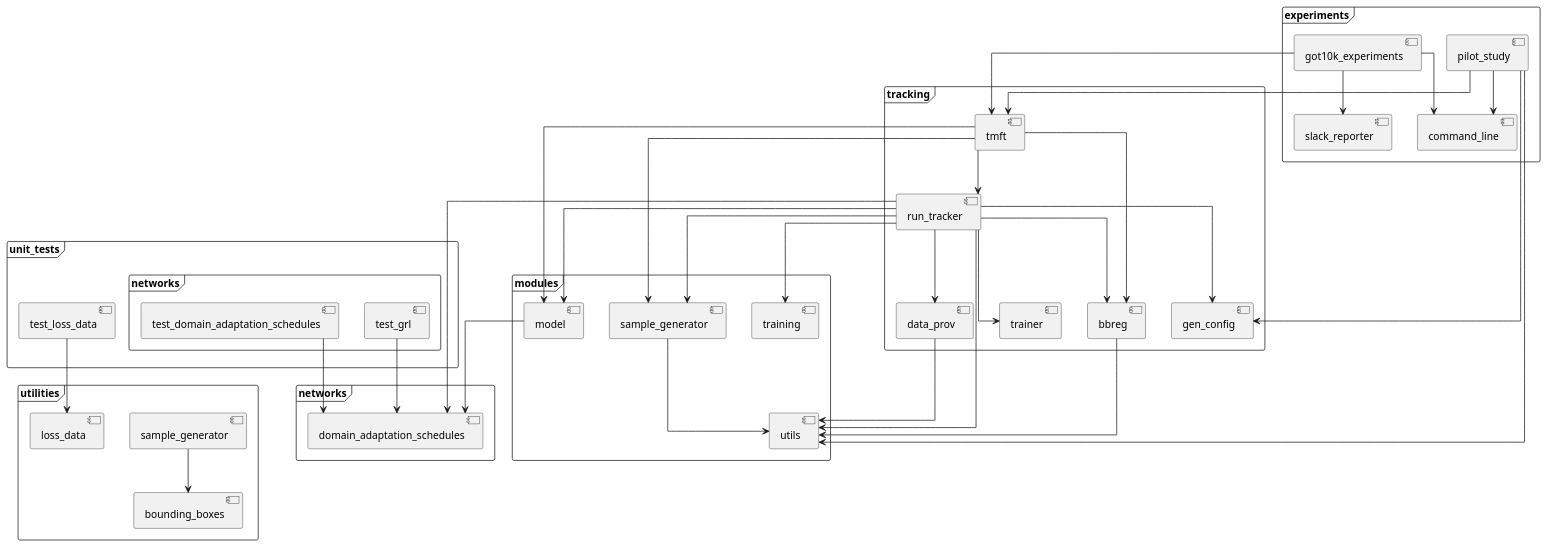
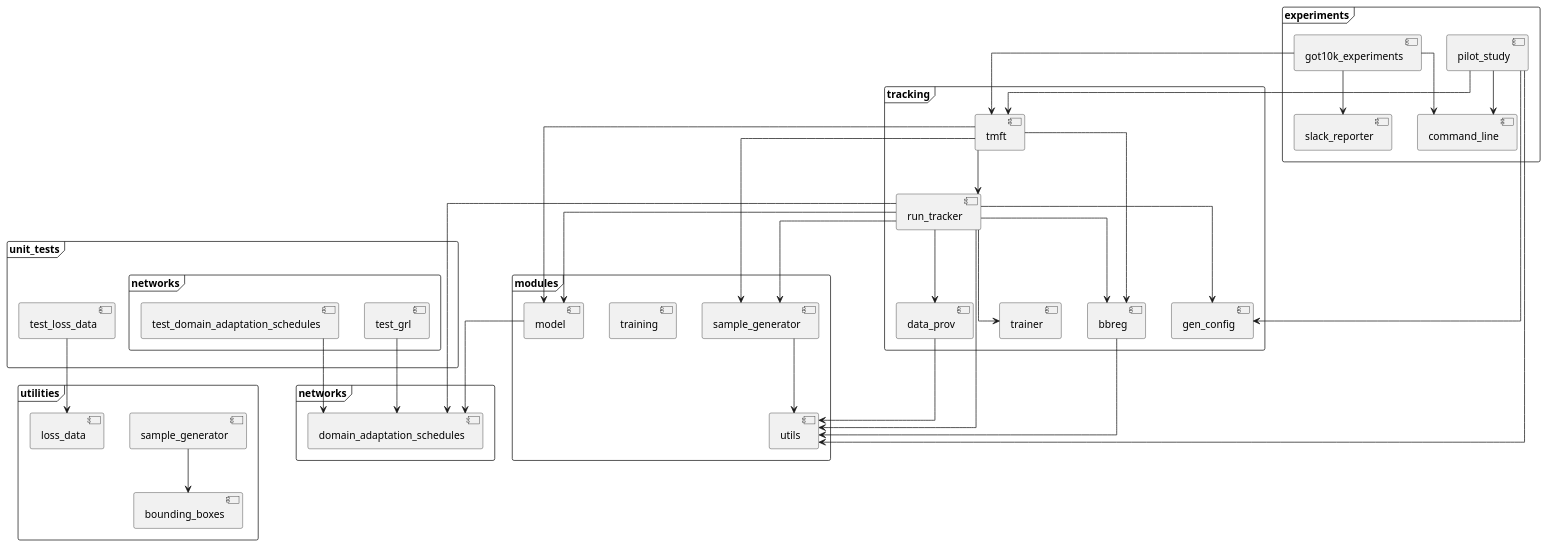
Before and after one commit to brobeson/tmft: the diagram in docs/source/dependencies.puml, drawn with PlantUML. The commit also changed 2 other files, not shown here.

Commit message:
Remove modules/training.py
That module is obsolete and nothing uses it.

```diff
--- a/docs/source/dependencies.puml
+++ b/docs/source/dependencies.puml
@@ -1,98 +1,97 @@
 @startuml
 skinparam linetype ortho
 frame utilities as utilities {
 [bounding_boxes] as utilities.bounding_boxes
 }
 frame utilities as utilities {
 [sample_generator] as utilities.sample_generator
 }
 frame utilities as utilities {
 [loss_data] as utilities.loss_data
 }
 frame unit_tests as unit_tests {
 [test_loss_data] as unit_tests.test_loss_data
 }
 frame unit_tests as unit_tests {
 frame networks as unit_tests.networks {
 [test_grl] as unit_tests.networks.test_grl
 }
 }
 frame unit_tests as unit_tests {
 frame networks as unit_tests.networks {
 [test_domain_adaptation_schedules] as unit_tests.networks.test_domain_adaptation_schedules
 }
 }
 frame tracking as tracking {
 [trainer] as tracking.trainer
 }
 frame tracking as tracking {
 [run_tracker] as tracking.run_tracker
 }
 frame tracking as tracking {
 [gen_config] as tracking.gen_config
 }
 frame tracking as tracking {
 [tmft] as tracking.tmft
 }
 frame tracking as tracking {
 [data_prov] as tracking.data_prov
 }
 frame tracking as tracking {
 [bbreg] as tracking.bbreg
 }
 frame modules as modules {
 [sample_generator] as modules.sample_generator
 }
 frame modules as modules {
 [training] as modules.training
 }
 frame modules as modules {
 [utils] as modules.utils
 }
 frame modules as modules {
 [model] as modules.model
 }
 frame experiments as experiments {
 [got10k_experiments] as experiments.got10k_experiments
 }
 frame experiments as experiments {
 [command_line] as experiments.command_line
 }
 frame experiments as experiments {
 [pilot_study] as experiments.pilot_study
 }
 frame experiments as experiments {
 [slack_reporter] as experiments.slack_reporter
 }
 frame networks as networks {
 [domain_adaptation_schedules] as networks.domain_adaptation_schedules
 }
 [utilities.sample_generator] --> [utilities.bounding_boxes]
 [unit_tests.test_loss_data] --> [utilities.loss_data]
 [unit_tests.networks.test_grl] --> [networks.domain_adaptation_schedules]
 [unit_tests.networks.test_domain_adaptation_schedules] --> [networks.domain_adaptation_schedules]
+[tracking.run_tracker] --> [tracking.gen_config]
+[tracking.run_tracker] --> [tracking.data_prov]
+[tracking.run_tracker] --> [networks.domain_adaptation_schedules]
+[tracking.run_tracker] --> [modules.model]
+[tracking.run_tracker] --> [modules.sample_generator]
+[tracking.run_tracker] --> [tracking.bbreg]
 [tracking.run_tracker] --> [tracking.trainer]
 [tracking.run_tracker] --> [modules.utils]
-[tracking.run_tracker] --> [tracking.data_prov]
-[tracking.run_tracker] --> [modules.sample_generator]
-[tracking.run_tracker] --> [tracking.bbreg]
-[tracking.run_tracker] --> [networks.domain_adaptation_schedules]
-[tracking.run_tracker] --> [tracking.gen_config]
-[tracking.run_tracker] --> [modules.model]
-[tracking.run_tracker] --> [modules.training]
+[tracking.tmft] --> [tracking.run_tracker]
 [tracking.tmft] --> [modules.model]
 [tracking.tmft] --> [modules.sample_generator]
-[tracking.tmft] --> [tracking.run_tracker]
 [tracking.tmft] --> [tracking.bbreg]
 [tracking.data_prov] --> [modules.utils]
 [tracking.bbreg] --> [modules.utils]
 [modules.sample_generator] --> [modules.utils]
 [modules.model] --> [networks.domain_adaptation_schedules]
 [experiments.got10k_experiments] --> [tracking.tmft]
 [experiments.got10k_experiments] --> [experiments.command_line]
 [experiments.got10k_experiments] --> [experiments.slack_reporter]
 [experiments.pilot_study] --> [tracking.gen_config]
+[experiments.pilot_study] --> [experiments.command_line]
 [experiments.pilot_study] --> [modules.utils]
-[experiments.pilot_study] --> [experiments.command_line]
 [experiments.pilot_study] --> [tracking.tmft]
 @enduml
```
